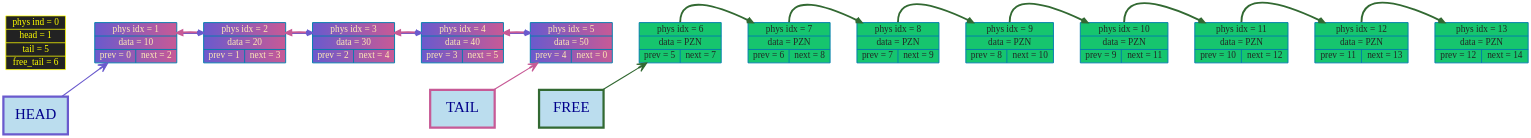
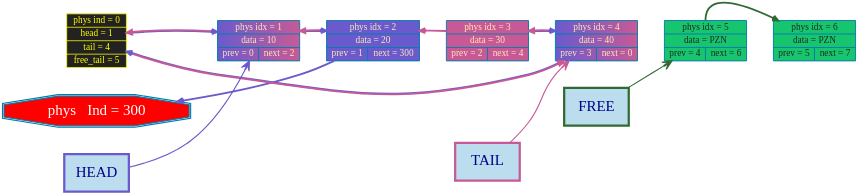
Before and after one commit to timoko3/list: the diagram in graphDumps/graphDump.dot, drawn with Graphviz. The commit also changed 23 other files, not shown here.

```diff
--- a/graphDumps/graphDump.dot
+++ b/graphDumps/graphDump.dot
@@ -1,68 +1,44 @@
 digraph G {
 rankdir=LR
 bgcolor="transparent"
 nodesep = 1;
 ranksep = 1
 	node [shape=record, style="filled", fillcolor="#FFA089", fontcolor="black", color="#007CAD", penwidth=2.5, fontname="Tahoma", fontsize=25];
 
 edge [color="#2d714f", arrowsize=1, penwidth=5, arrowhead="vee", style="bold"];
-node0 [label="phys ind = 0 | head = 1 | tail = 5 | free_tail = 6", shape=record, style="filled", fillcolor="#222222", fontcolor="yellow", color="yellow", penwidth=2];
+node0 [label="phys ind = 0 | head = 1 | tail = 4 | free_tail = 5", shape=record, style="filled", fillcolor="#222222", fontcolor="yellow", color="yellow", penwidth=2];
 	node1 [label="phys idx = 1 | data = 10 | {prev = 0 | next = 2} "];
-	node2 [label="phys idx = 2 | data = 20 | {prev = 1 | next = 3} "];
+	node2 [label="phys idx = 2 | data = 20 | {prev = 1 | next = 300} "];
 	node3 [label="phys idx = 3 | data = 30 | {prev = 2 | next = 4} "];
-	node4 [label="phys idx = 4 | data = 40 | {prev = 3 | next = 5} "];
-	node5 [label="phys idx = 5 | data = 50 | {prev = 4 | next = 0} "];
+	node4 [label="phys idx = 4 | data = 40 | {prev = 3 | next = 0} "];
+	node5 [label="phys idx = 5 | data = PZN | {prev = 4 | next = 6} "];
 	node6 [label="phys idx = 6 | data = PZN | {prev = 5 | next = 7} "];
-	node7 [label="phys idx = 7 | data = PZN | {prev = 6 | next = 8} "];
-	node8 [label="phys idx = 8 | data = PZN | {prev = 7 | next = 9} "];
-	node9 [label="phys idx = 9 | data = PZN | {prev = 8 | next = 10} "];
-	node10 [label="phys idx = 10 | data = PZN | {prev = 9 | next = 11} "];
-	node11 [label="phys idx = 11 | data = PZN | {prev = 10 | next = 12} "];
-	node12 [label="phys idx = 12 | data = PZN | {prev = 11 | next = 13} "];
-	node13 [label="phys idx = 13 | data = PZN | {prev = 12 | next = 14} "];
 
 head_label      [shape=box, width = 2.4, height = 1.4, label="HEAD", style="filled", fillcolor="#BBDDEE", color="#6A5ACD", penwidth = 6,  fontcolor="darkblue", fontsize = 40];
 tail_label      [shape=box, width = 2.4, height = 1.4, label="TAIL", style="filled", fillcolor="#BBDDEE", color="#c75a96ff", penwidth = 6,  fontcolor="darkblue", fontsize = 40];
 free_head_label [shape=box, width = 2.4, height = 1.4, label="FREE", style="filled", fillcolor="#BBDDEE", color="#326932", penwidth = 6,  fontcolor="darkblue", fontsize = 40];
 head_label      -> node1 [color="#6A5ACD"  , arrowsize=2.5, penwidth=3];
-tail_label      -> node5 [color="#c75a96ff"  , arrowsize=2.5, penwidth=3];
-free_head_label -> node6 [color="#326932"  , arrowsize=2.5, penwidth=3];
+tail_label      -> node4 [color="#c75a96ff"  , arrowsize=2.5, penwidth=3];
+free_head_label -> node5 [color="#326932"  , arrowsize=2.5, penwidth=3];
 node0 -> node1[style=invis, weight = 100000];
-	node1 -> node2 -> node3 -> node4 -> node5 -> node6 -> node7 -> node8 -> node9 -> node10 -> node11 -> node12 -> node13[style=invis, weight=1000000];
-	node1 [fillcolor = "#6A5ACD:#c75a96ff", fontcolor = "#ffe9b5ff"]
-node2 [fillcolor = "#c75a96ff:#c75a96ff", fontcolor = "#ffe9b5ff"]
+	node1 -> node2 -> node3 -> node4 -> node5 -> node6[style=invis, weight=1000000];
+	node0 -> node1[color="#6A5ACD:#c75a96ff", arrowsize=1.5, penwidth=5, weight=1000, constraint=false, dir = both];
+node1 [fillcolor = "#6A5ACD:#c75a96ff", fontcolor = "#ffe9b5ff"]
+node2 [fillcolor = "#6A5ACD:#c75a96ff", fontcolor = "#ffe9b5ff"]
 node1 -> node2[color="#6A5ACD:#c75a96ff", arrowsize=1.5, penwidth=5, weight=1000, constraint=false, dir = both];
-node2 [fillcolor = "#6A5ACD:#c75a96ff", fontcolor = "#ffe9b5ff"]
-node3 [fillcolor = "#c75a96ff:#c75a96ff", fontcolor = "#ffe9b5ff"]
-node2 -> node3[color="#6A5ACD:#c75a96ff", arrowsize=1.5, penwidth=5, weight=1000, constraint=false, dir = both];
+node2 [fillcolor = "#6A5ACD", fontcolor = "#ffe9b5ff"]
+node2 -> node300[color="#6A5ACD", arrowsize=1.5, penwidth=5, weight=1000, constraint=false];
 node3 [fillcolor = "#6A5ACD:#c75a96ff", fontcolor = "#ffe9b5ff"]
-node4 [fillcolor = "#c75a96ff:#c75a96ff", fontcolor = "#ffe9b5ff"]
+node4 [fillcolor = "#6A5ACD:#c75a96ff", fontcolor = "#ffe9b5ff"]
+node3 [fillcolor = "#c75a96ff", fontcolor = "#ffe9b5ff"]
 node3 -> node4[color="#6A5ACD:#c75a96ff", arrowsize=1.5, penwidth=5, weight=1000, constraint=false, dir = both];
+node3 -> node2[color="#c75a96ff", arrowsize=1.5, penwidth=5, weight=1000, constraint=false];
 node4 [fillcolor = "#6A5ACD:#c75a96ff", fontcolor = "#ffe9b5ff"]
-node5 [fillcolor = "#c75a96ff:#c75a96ff", fontcolor = "#ffe9b5ff"]
-node4 -> node5[color="#6A5ACD:#c75a96ff", arrowsize=1.5, penwidth=5, weight=1000, constraint=false, dir = both];
-node5 [fillcolor = "#6A5ACD:#c75a96ff", fontcolor = "#ffe9b5ff"]
+node4 -> node0[color="#6A5ACD:#c75a96ff", arrowsize=1.5, penwidth=5, weight=1000, constraint=false, dir = both];
+node5 [fillcolor = "#16c56eff", fontcolor = "#222926ff"]
 node6 [fillcolor = "#16c56eff", fontcolor = "#222926ff"]
-node7 [fillcolor = "#16c56eff", fontcolor = "#222926ff"]
-node6 -> node7[color="#326932", arrowsize=1.5, penwidth=5, weight=1000, constraint=false, tailport = n];
-node7 [fillcolor = "#16c56eff", fontcolor = "#222926ff"]
-node8 [fillcolor = "#16c56eff", fontcolor = "#222926ff"]
-node7 -> node8[color="#326932", arrowsize=1.5, penwidth=5, weight=1000, constraint=false, tailport = n];
-node8 [fillcolor = "#16c56eff", fontcolor = "#222926ff"]
-node9 [fillcolor = "#16c56eff", fontcolor = "#222926ff"]
-node8 -> node9[color="#326932", arrowsize=1.5, penwidth=5, weight=1000, constraint=false, tailport = n];
-node9 [fillcolor = "#16c56eff", fontcolor = "#222926ff"]
-node10 [fillcolor = "#16c56eff", fontcolor = "#222926ff"]
-node9 -> node10[color="#326932", arrowsize=1.5, penwidth=5, weight=1000, constraint=false, tailport = n];
-node10 [fillcolor = "#16c56eff", fontcolor = "#222926ff"]
-node11 [fillcolor = "#16c56eff", fontcolor = "#222926ff"]
-node10 -> node11[color="#326932", arrowsize=1.5, penwidth=5, weight=1000, constraint=false, tailport = n];
-node11 [fillcolor = "#16c56eff", fontcolor = "#222926ff"]
-node12 [fillcolor = "#16c56eff", fontcolor = "#222926ff"]
-node11 -> node12[color="#326932", arrowsize=1.5, penwidth=5, weight=1000, constraint=false, tailport = n];
-node12 [fillcolor = "#16c56eff", fontcolor = "#222926ff"]
-node13 [fillcolor = "#16c56eff", fontcolor = "#222926ff"]
-node12 -> node13[color="#326932", arrowsize=1.5, penwidth=5, weight=1000, constraint=false, tailport = n];
-node13 [fillcolor = "#16c56eff", fontcolor = "#222926ff"]
+node5 -> node6[color="#326932", arrowsize=1.5, penwidth=5, weight=1000, constraint=false, tailport = n];
+node6 [fillcolor = "#16c56eff", fontcolor = "#222926ff"]
+	node300 [label="phys   Ind = 300",shape=doubleoctagon, fillcolor = "red", fontcolor="white", color="#007CAD", penwidth=3, fontname="Tahoma Bold", fontsize=40];
 
 }
```
